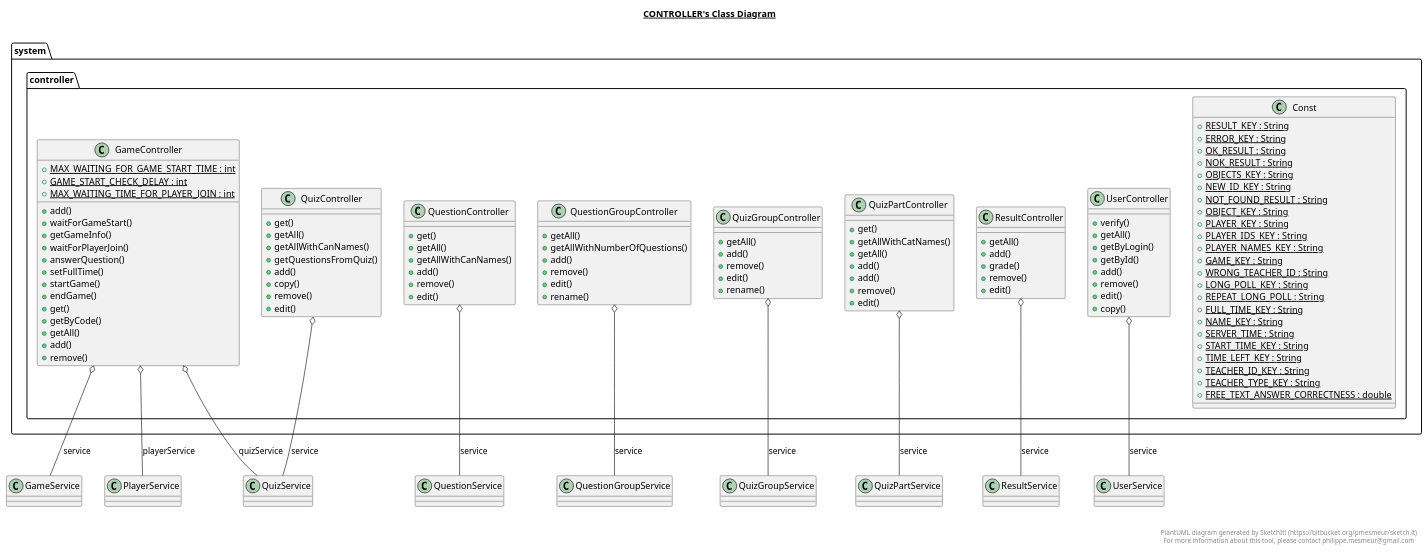
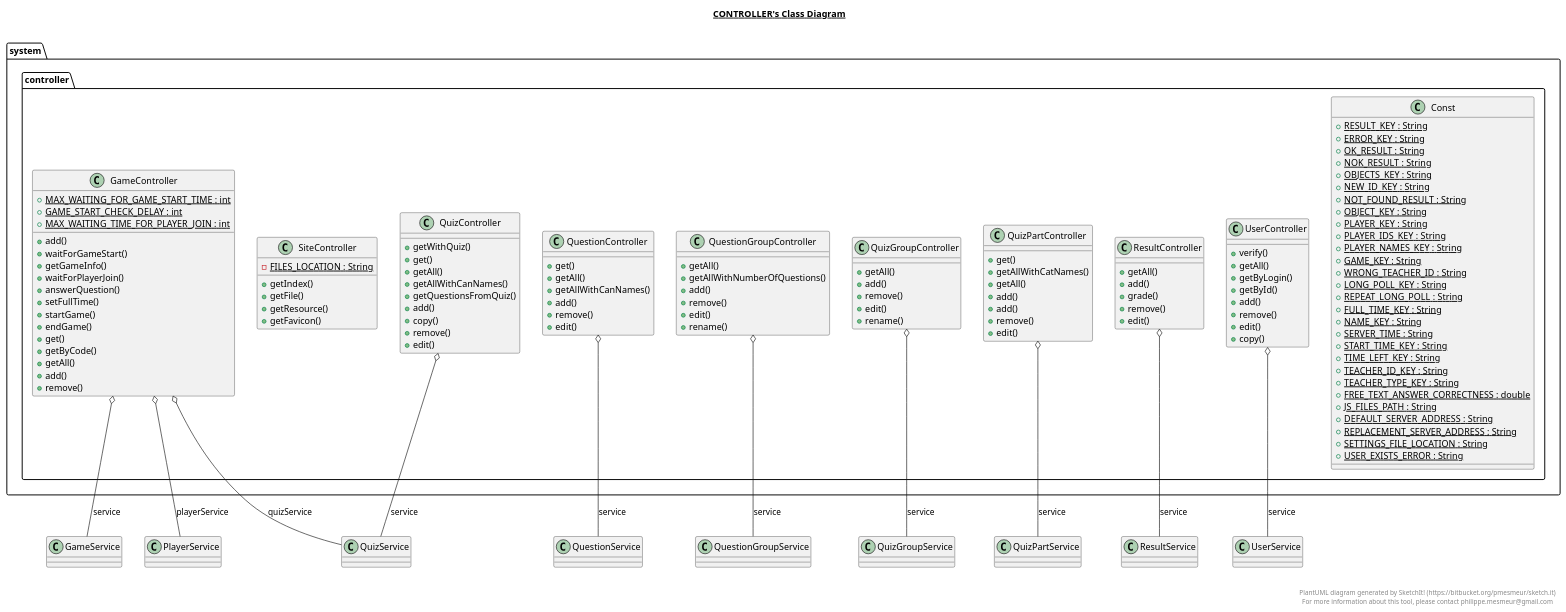
One commit to berl-a/DiplomaBackend changed the diagram in src/main/java/system/controller/controller.plantuml. Above: the diagram before and after it, drawn with PlantUML. The commit also changed 601 other files, not shown here.

```diff
--- a/src/main/java/system/controller/controller.plantuml
+++ b/src/main/java/system/controller/controller.plantuml
@@ -1,162 +1,179 @@
 @startuml
 
 title __CONTROLLER's Class Diagram__\n
 
   package system.controller {
     class Const {
         {static} + RESULT_KEY : String
         {static} + ERROR_KEY : String
         {static} + OK_RESULT : String
         {static} + NOK_RESULT : String
         {static} + OBJECTS_KEY : String
         {static} + NEW_ID_KEY : String
         {static} + NOT_FOUND_RESULT : String
         {static} + OBJECT_KEY : String
         {static} + PLAYER_KEY : String
         {static} + PLAYER_IDS_KEY : String
         {static} + PLAYER_NAMES_KEY : String
         {static} + GAME_KEY : String
         {static} + WRONG_TEACHER_ID : String
         {static} + LONG_POLL_KEY : String
         {static} + REPEAT_LONG_POLL : String
         {static} + FULL_TIME_KEY : String
         {static} + NAME_KEY : String
         {static} + SERVER_TIME : String
         {static} + START_TIME_KEY : String
         {static} + TIME_LEFT_KEY : String
         {static} + TEACHER_ID_KEY : String
         {static} + TEACHER_TYPE_KEY : String
         {static} + FREE_TEXT_ANSWER_CORRECTNESS : double
+        {static} + JS_FILES_PATH : String
+        {static} + DEFAULT_SERVER_ADDRESS : String
+        {static} + REPLACEMENT_SERVER_ADDRESS : String
+        {static} + SETTINGS_FILE_LOCATION : String
+        {static} + USER_EXISTS_ERROR : String
     }
   }
   
 
   package system.controller {
     class GameController {
         {static} + MAX_WAITING_FOR_GAME_START_TIME : int
         {static} + GAME_START_CHECK_DELAY : int
         {static} + MAX_WAITING_TIME_FOR_PLAYER_JOIN : int
         + add()
         + waitForGameStart()
         + getGameInfo()
         + waitForPlayerJoin()
         + answerQuestion()
         + setFullTime()
         + startGame()
         + endGame()
         + get()
         + getByCode()
         + getAll()
         + add()
         + remove()
     }
   }
   
 
   package system.controller {
     class QuestionController {
         + get()
         + getAll()
         + getAllWithCanNames()
         + add()
         + remove()
         + edit()
     }
   }
   
 
   package system.controller {
     class QuestionGroupController {
         + getAll()
         + getAllWithNumberOfQuestions()
         + add()
         + remove()
         + edit()
         + rename()
     }
   }
   
 
   package system.controller {
     class QuizController {
+        + getWithQuiz()
         + get()
         + getAll()
         + getAllWithCanNames()
         + getQuestionsFromQuiz()
         + add()
         + copy()
         + remove()
         + edit()
     }
   }
   
 
   package system.controller {
     class QuizGroupController {
         + getAll()
         + add()
         + remove()
         + edit()
         + rename()
     }
   }
   
 
   package system.controller {
     class QuizPartController {
         + get()
         + getAllWithCatNames()
         + getAll()
         + add()
         + add()
         + remove()
         + edit()
     }
   }
   
 
   package system.controller {
     class ResultController {
         + getAll()
         + add()
         + grade()
         + remove()
         + edit()
     }
   }
   
 
   package system.controller {
+    class SiteController {
+        {static} - FILES_LOCATION : String
+        + getIndex()
+        + getFile()
+        + getResource()
+        + getFavicon()
+    }
+  }
+  
+
+  package system.controller {
     class UserController {
         + verify()
         + getAll()
         + getByLogin()
         + getById()
         + add()
         + remove()
         + edit()
         + copy()
     }
   }
   
 
   GameController o-- GameService : service
   GameController o-- PlayerService : playerService
   GameController o-- QuizService : quizService
   QuestionController o-- QuestionService : service
   QuestionGroupController o-- QuestionGroupService : service
   QuizController o-- QuizService : service
   QuizGroupController o-- QuizGroupService : service
   QuizPartController o-- QuizPartService : service
   ResultController o-- ResultService : service
   UserController o-- UserService : service
 
 
 right footer
 
 
 PlantUML diagram generated by SketchIt! (https://bitbucket.org/pmesmeur/sketch.it)
 For more information about this tool, please contact philippe.mesmeur@gmail.com
 endfooter
 
 @enduml
```
